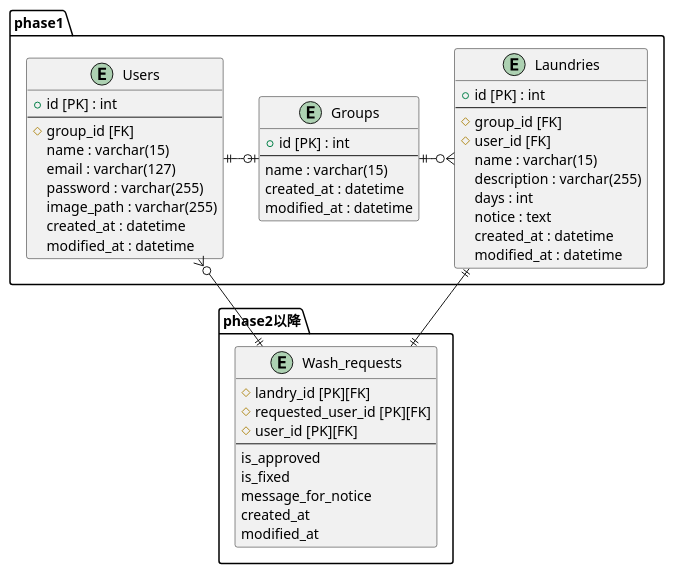
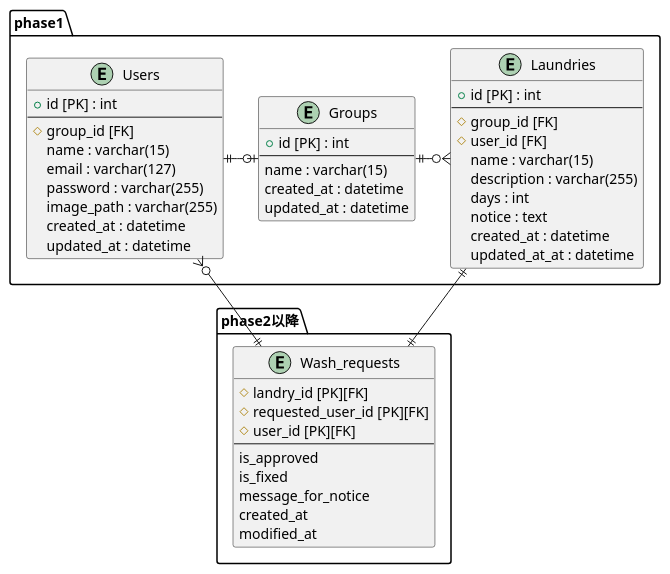
The diagram in docs/ER図.puml (mixa393/mohumohu), drawn with PlantUML before and after one commit.

```diff
--- a/docs/ER図.puml
+++ b/docs/ER図.puml
@@ -1,58 +1,58 @@
 @startuml
 
 package phase1 as phase1{
     entity Users{
     + id [PK] : int
     --
     # group_id [FK]
     name : varchar(15)
     email : varchar(127)
     password : varchar(255)
     image_path : varchar(255)
     created_at : datetime
-    modified_at : datetime
+    updated_at : datetime
     }
 
     entity Groups
     {
     + id [PK] : int
     --
     name : varchar(15)
     created_at : datetime
-    modified_at : datetime
+    updated_at : datetime
     }
 
     entity Laundries{
     + id [PK] : int
     --
     # group_id [FK]
     # user_id [FK]
     name : varchar(15)
     description : varchar(255)
     days : int
     notice : text
     created_at : datetime
-    modified_at : datetime
+    updated_at_at : datetime
     }
 }
 
 package  phase2以降 as phase2{
     entity Wash_requests{
     # landry_id [PK][FK]
     # requested_user_id [PK][FK]
     # user_id [PK][FK]
     --
     is_approved
     is_fixed
     message_for_notice
     created_at
     modified_at
     }
 }
 Users ||-o| Groups
 Groups ||-o{ Laundries
 Laundries ||-|| Wash_requests
 Users }o--|| Wash_requests
 
 
 @enduml
```
